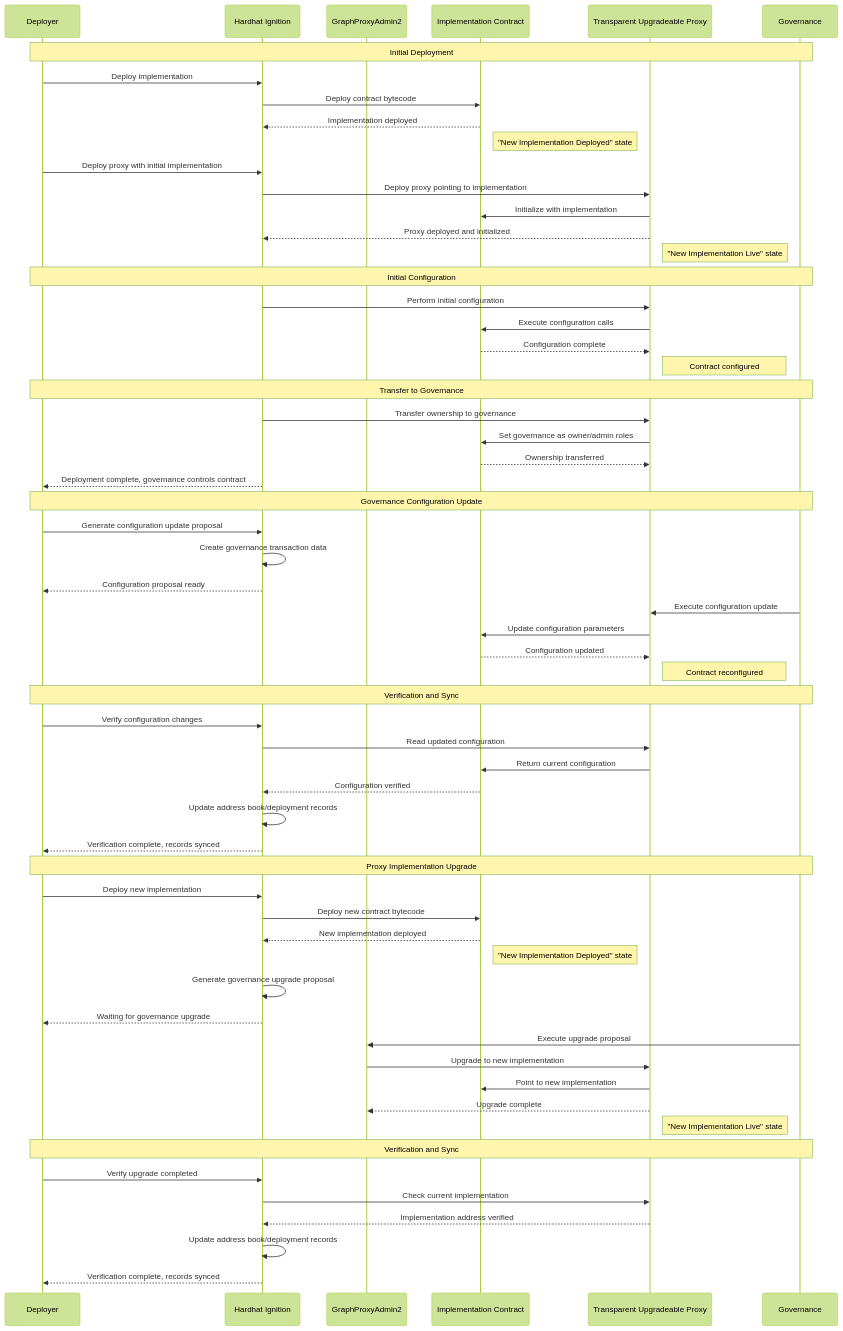
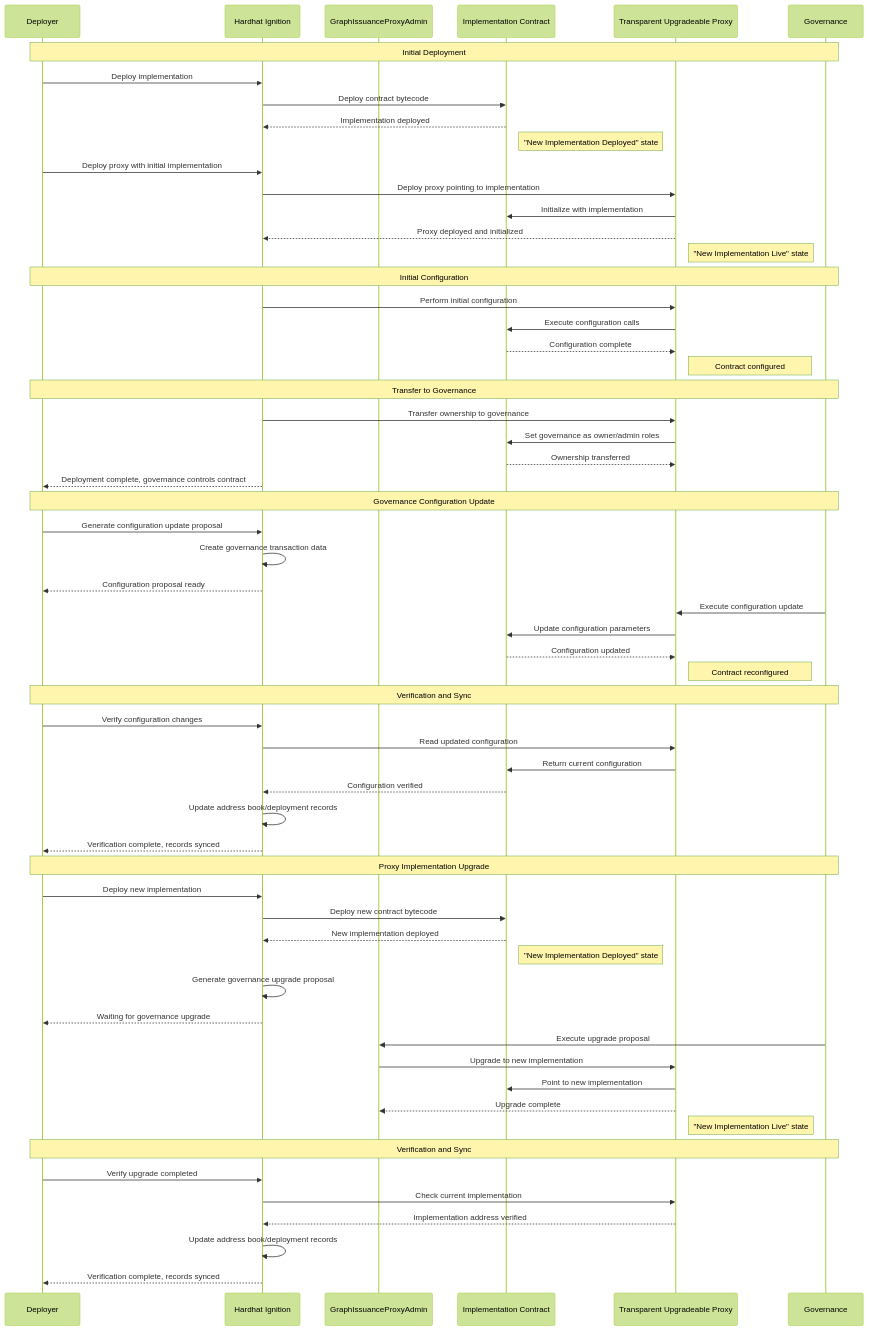
Before and after one commit to graphprotocol/contracts: the tenth of 10 diagrams in packages/deploy/Design.md, drawn with Mermaid (forest theme). The commit also changed other lines of this file and 8 other files, not shown here.

First line of the commit message:
refactor(issuance-deploy): replace GraphProxyAdmin2 with GraphIssuanceProxyAdmin

````diff
--- a/packages/deploy/Design.md
+++ b/packages/deploy/Design.md
@@ -485,73 +485,73 @@
 ```mermaid
 sequenceDiagram
     participant Deployer as Deployer
     participant Ignition as Hardhat Ignition
-    participant Admin as GraphProxyAdmin2
+    participant Admin as GraphIssuanceProxyAdmin
     participant Impl as Implementation Contract
     participant Proxy as Transparent Upgradeable Proxy
     participant Gov as Governance
 
     Note over Deployer,Gov: Initial Deployment
     Deployer->>Ignition: Deploy implementation
     Ignition->>Impl: Deploy contract bytecode
     Impl-->>Ignition: Implementation deployed
     Note right of Impl: "New Implementation Deployed" state
 
     Deployer->>Ignition: Deploy proxy with initial implementation
     Ignition->>Proxy: Deploy proxy pointing to implementation
     Proxy->>Impl: Initialize with implementation
     Proxy-->>Ignition: Proxy deployed and initialized
     Note right of Proxy: "New Implementation Live" state
 
     Note over Deployer,Gov: Initial Configuration
     Ignition->>Proxy: Perform initial configuration
     Proxy->>Impl: Execute configuration calls
     Impl-->>Proxy: Configuration complete
     Note right of Proxy: Contract configured
 
     Note over Deployer,Gov: Transfer to Governance
     Ignition->>Proxy: Transfer ownership to governance
     Proxy->>Impl: Set governance as owner/admin roles
     Impl-->>Proxy: Ownership transferred
     Ignition-->>Deployer: Deployment complete, governance controls contract
 
     Note over Deployer,Gov: Governance Configuration Update
     Deployer->>Ignition: Generate configuration update proposal
     Ignition->>Ignition: Create governance transaction data
     Ignition-->>Deployer: Configuration proposal ready
 
     Gov->>Proxy: Execute configuration update
     Proxy->>Impl: Update configuration parameters
     Impl-->>Proxy: Configuration updated
     Note right of Proxy: Contract reconfigured
 
     Note over Deployer,Gov: Verification and Sync
     Deployer->>Ignition: Verify configuration changes
     Ignition->>Proxy: Read updated configuration
     Proxy->>Impl: Return current configuration
     Impl-->>Ignition: Configuration verified
     Ignition->>Ignition: Update address book/deployment records
     Ignition-->>Deployer: Verification complete, records synced
 
     Note over Deployer,Gov: Proxy Implementation Upgrade
     Deployer->>Ignition: Deploy new implementation
     Ignition->>Impl: Deploy new contract bytecode
     Impl-->>Ignition: New implementation deployed
     Note right of Impl: "New Implementation Deployed" state
 
     Ignition->>Ignition: Generate governance upgrade proposal
     Ignition-->>Deployer: Waiting for governance upgrade
 
     Gov->>Admin: Execute upgrade proposal
     Admin->>Proxy: Upgrade to new implementation
     Proxy->>Impl: Point to new implementation
     Proxy-->>Admin: Upgrade complete
     Note right of Proxy: "New Implementation Live" state
 
     Note over Deployer,Gov: Verification and Sync
     Deployer->>Ignition: Verify upgrade completed
     Ignition->>Proxy: Check current implementation
     Proxy-->>Ignition: Implementation address verified
     Ignition->>Ignition: Update address book/deployment records
     Ignition-->>Deployer: Verification complete, records synced
 ```
````
